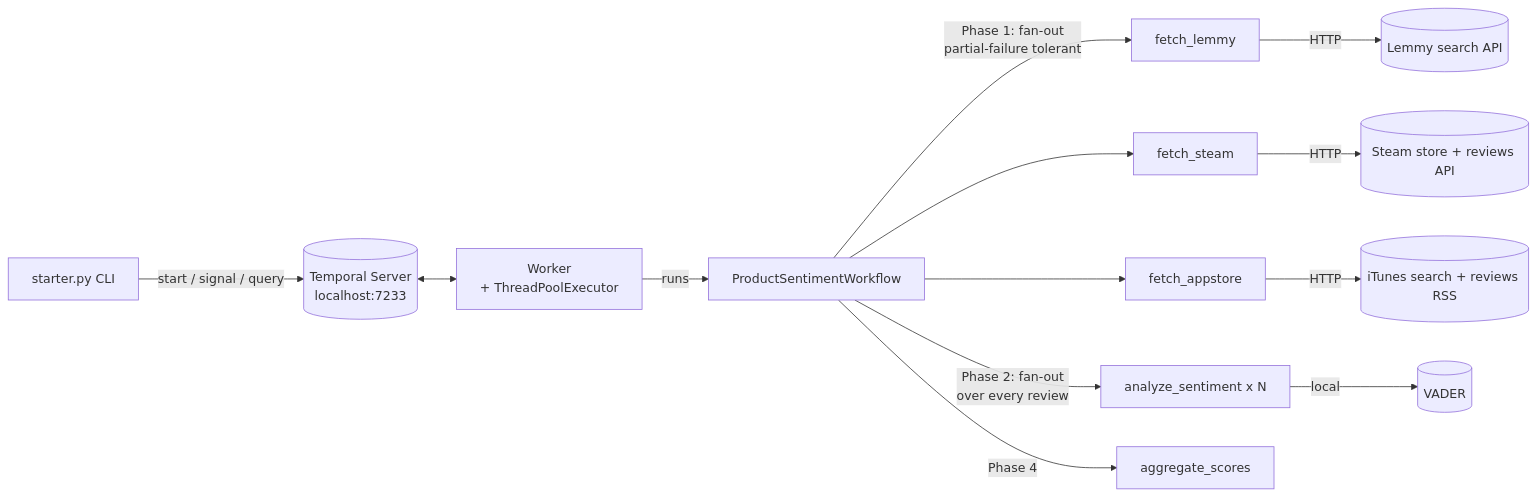
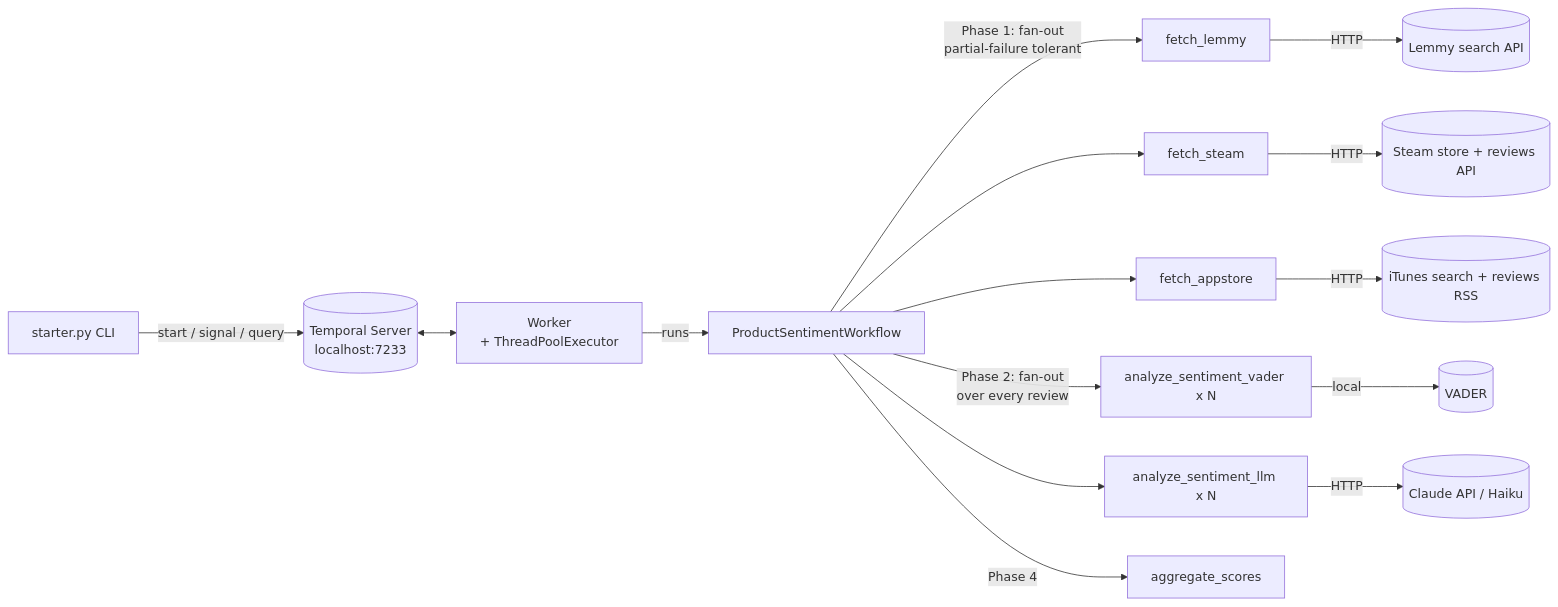
One commit to arifhajee1/sentiment-analysis changed the diagram in diagrams/architecture.md. Above: the diagram before and after it, drawn with Mermaid. The commit also changed other lines of this file and 8 other files, not shown here.

Commit message:
Score each review with both VADER and an LLM (Haiku)

````diff
--- a/diagrams/architecture.md
+++ b/diagrams/architecture.md
@@ -3,17 +3,19 @@
 ```mermaid
 flowchart LR
     CLI[starter.py CLI] -->|start / signal / query| TS[(Temporal Server\nlocalhost:7233)]
     TS <--> W[Worker\n+ ThreadPoolExecutor]
     W -->|runs| WF[ProductSentimentWorkflow]
 
     WF -->|Phase 1: fan-out\npartial-failure tolerant| F1[fetch_lemmy]
     WF --> F2[fetch_steam]
     WF --> F3[fetch_appstore]
     F1 -->|HTTP| L[(Lemmy search API)]
     F2 -->|HTTP| S[(Steam store + reviews API)]
     F3 -->|HTTP| A[(iTunes search + reviews RSS)]
 
-    WF -->|Phase 2: fan-out\nover every review| SC[analyze_sentiment x N]
-    SC -->|local| V[(VADER)]
+    WF -->|Phase 2: fan-out\nover every review| SV[analyze_sentiment_vader x N]
+    WF --> SL[analyze_sentiment_llm x N]
+    SV -->|local| V[(VADER)]
+    SL -->|HTTP| C[(Claude API / Haiku)]
     WF -->|Phase 4| AG[aggregate_scores]
 ```
````
